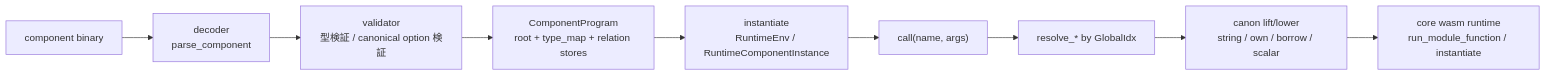
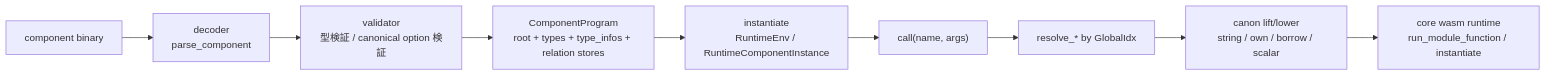
Before and after one commit to yieldspace/telomere: the first of 12 diagrams in docs/component-model/relation-driven-runtime.md, drawn with Mermaid. The commit also changed other lines of this file and 21 other files, not shown here.

````diff
--- a/docs/component-model/relation-driven-runtime.md
+++ b/docs/component-model/relation-driven-runtime.md
@@ -16,11 +16,11 @@
 ```mermaid
 flowchart LR
     A["component binary"] --> B["decoder\nparse_component"]
     B --> C["validator\n型検証 / canonical option 検証"]
-    C --> D["ComponentProgram\nroot + type_map + relation stores"]
+    C --> D["ComponentProgram\nroot + types + type_infos + relation stores"]
     D --> E["instantiate\nRuntimeEnv / RuntimeComponentInstance"]
     E --> F["call(name, args)"]
     F --> G["resolve_* by GlobalIdx"]
     G --> H["canon lift/lower\nstring / own / borrow / scalar"]
     H --> I["core wasm runtime\nrun_module_function / instantiate"]
 ```
````
